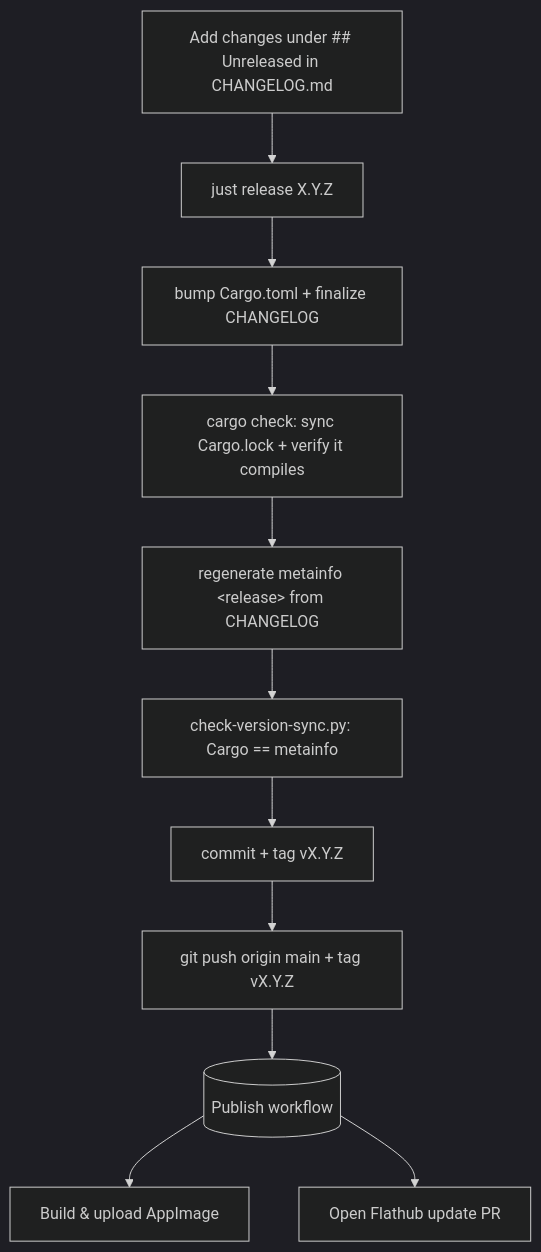
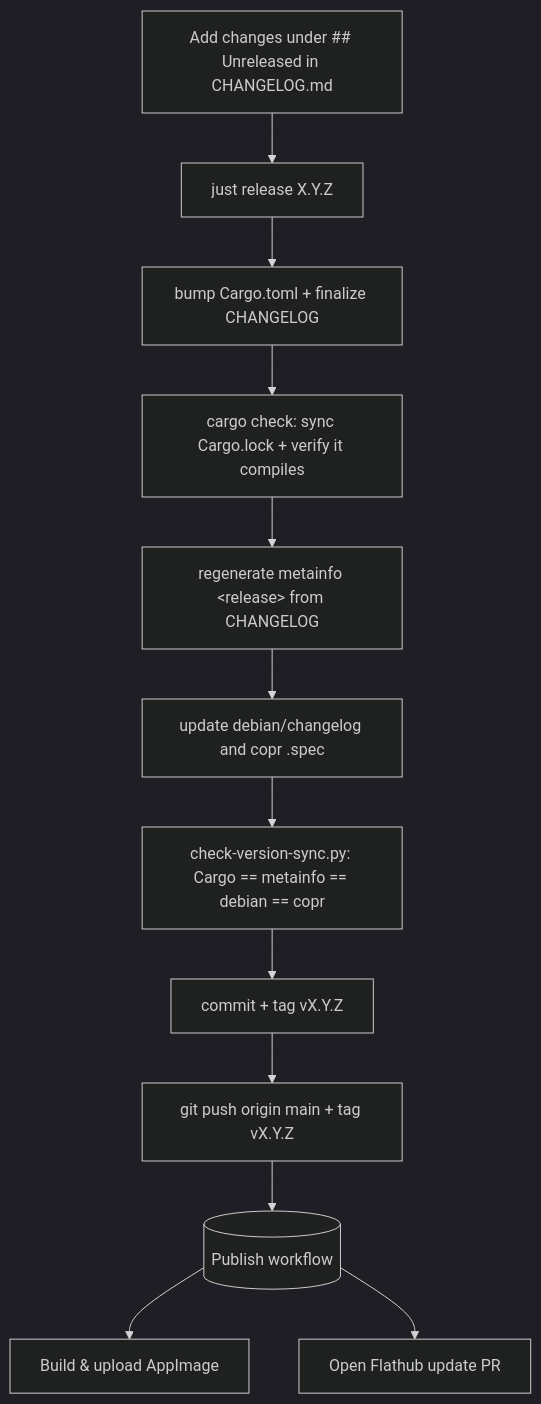
One commit to cosmic-utils/enroll changed the diagram in packaging/RELEASING.md. Above: the diagram before and after it, drawn with Mermaid (dark theme). The commit also changed other lines of this file and 7 other files, not shown here.

````diff
--- a/packaging/RELEASING.md
+++ b/packaging/RELEASING.md
@@ -10,13 +10,14 @@
 ```mermaid
 flowchart TD
   U[Add changes under ## Unreleased in CHANGELOG.md] --> R[just release X.Y.Z]
   R --> B[bump Cargo.toml + finalize CHANGELOG]
   B --> C[cargo check: sync Cargo.lock + verify it compiles]
   C --> M[regenerate metainfo &lt;release&gt; from CHANGELOG]
-  M --> S[check-version-sync.py: Cargo == metainfo]
+  M --> D[update debian/changelog and copr .spec]
+  D --> S[check-version-sync.py: Cargo == metainfo == debian == copr]
   S --> G[commit + tag vX.Y.Z]
   G --> P[git push origin main + tag vX.Y.Z]
   P --> W[(Publish workflow)]
   W --> APP[Build & upload AppImage]
   W --> FH[Open Flathub update PR]
 ```
````
